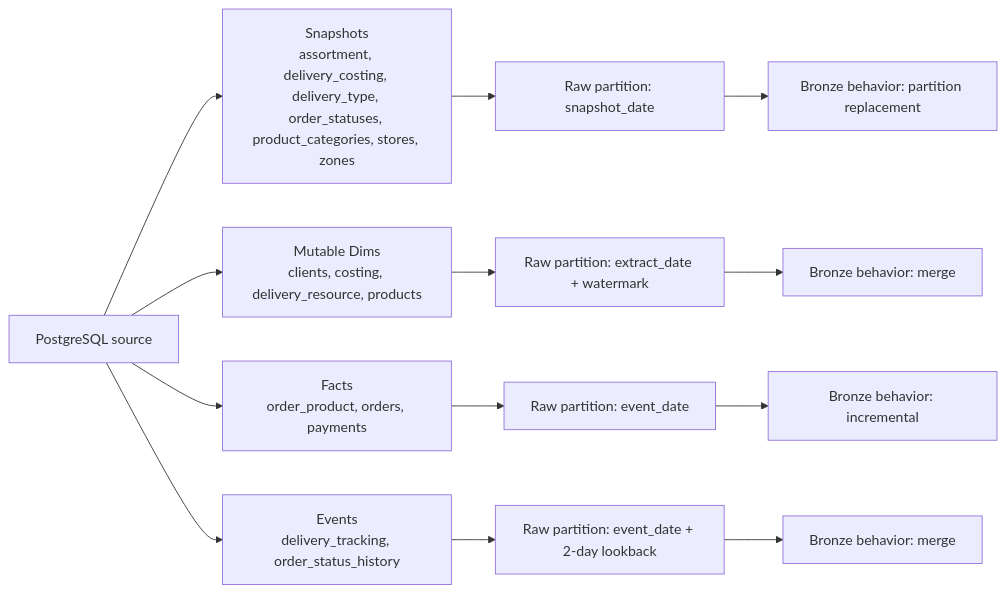
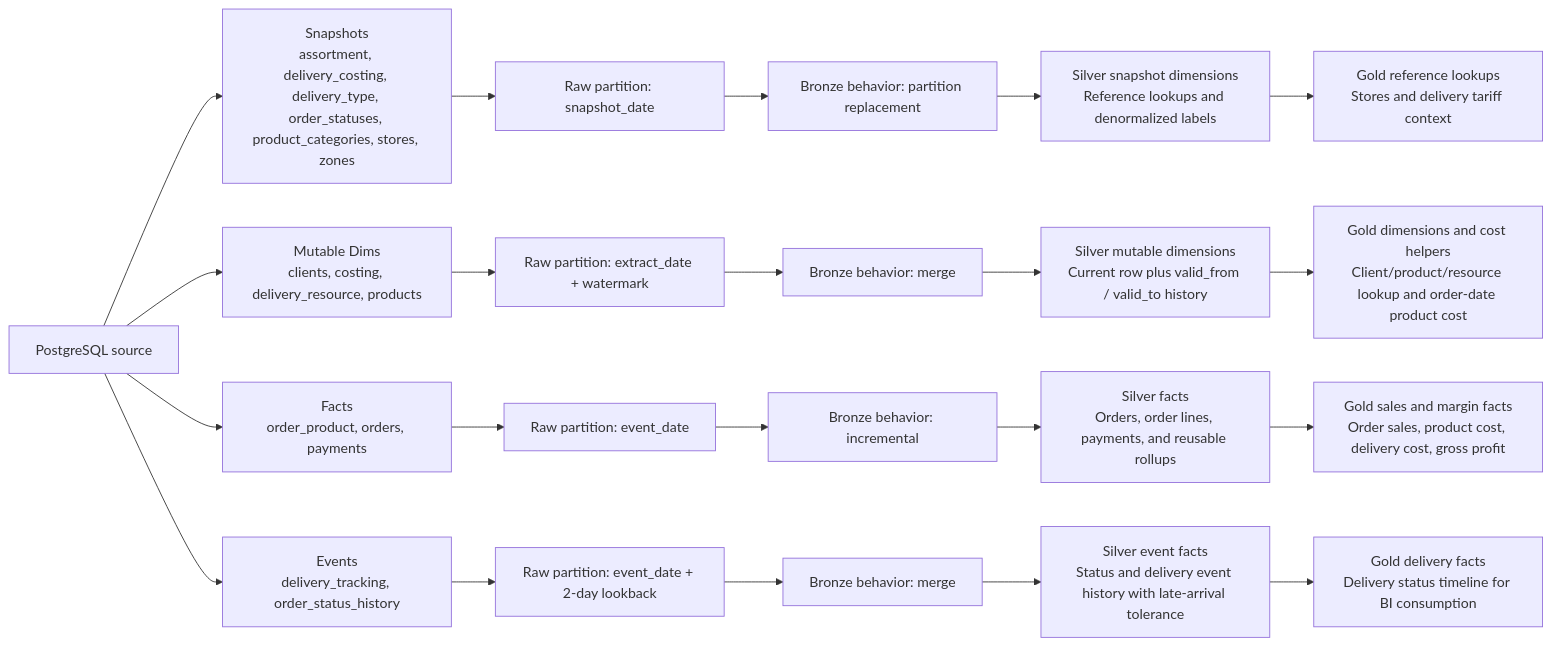
Before and after one commit to AntonMiniazev/ampere_project: the diagram in docs/dataflow/generated/table_groups.md, drawn with Mermaid. The commit also changed other lines of this file and 8 other files, not shown here.

````diff
--- a/docs/dataflow/generated/table_groups.md
+++ b/docs/dataflow/generated/table_groups.md
@@ -5,20 +5,28 @@
 ```mermaid
 flowchart LR
     PG["PostgreSQL source"]
     G_SNAPSHOTS["Snapshots<br/>assortment, delivery_costing, delivery_type, order_statuses, product_categories, stores, zones"]
     G_SNAPSHOTS_RAW["Raw partition: snapshot_date"]
     G_SNAPSHOTS_BRONZE["Bronze behavior: partition replacement"]
-    PG --> G_SNAPSHOTS --> G_SNAPSHOTS_RAW --> G_SNAPSHOTS_BRONZE
+    G_SNAPSHOTS_SILVER["Silver snapshot dimensions<br/>Reference lookups and denormalized labels"]
+    G_SNAPSHOTS_GOLD["Gold reference lookups<br/>Stores and delivery tariff context"]
+    PG --> G_SNAPSHOTS --> G_SNAPSHOTS_RAW --> G_SNAPSHOTS_BRONZE --> G_SNAPSHOTS_SILVER --> G_SNAPSHOTS_GOLD
     G_MUTABLE_DIMS["Mutable Dims<br/>clients, costing, delivery_resource, products"]
     G_MUTABLE_DIMS_RAW["Raw partition: extract_date + watermark"]
     G_MUTABLE_DIMS_BRONZE["Bronze behavior: merge"]
-    PG --> G_MUTABLE_DIMS --> G_MUTABLE_DIMS_RAW --> G_MUTABLE_DIMS_BRONZE
+    G_MUTABLE_DIMS_SILVER["Silver mutable dimensions<br/>Current row plus valid_from / valid_to history"]
+    G_MUTABLE_DIMS_GOLD["Gold dimensions and cost helpers<br/>Client/product/resource lookup and order-date product cost"]
+    PG --> G_MUTABLE_DIMS --> G_MUTABLE_DIMS_RAW --> G_MUTABLE_DIMS_BRONZE --> G_MUTABLE_DIMS_SILVER --> G_MUTABLE_DIMS_GOLD
     G_FACTS["Facts<br/>order_product, orders, payments"]
     G_FACTS_RAW["Raw partition: event_date"]
     G_FACTS_BRONZE["Bronze behavior: incremental"]
-    PG --> G_FACTS --> G_FACTS_RAW --> G_FACTS_BRONZE
+    G_FACTS_SILVER["Silver facts<br/>Orders, order lines, payments, and reusable rollups"]
+    G_FACTS_GOLD["Gold sales and margin facts<br/>Order sales, product cost, delivery cost, gross profit"]
+    PG --> G_FACTS --> G_FACTS_RAW --> G_FACTS_BRONZE --> G_FACTS_SILVER --> G_FACTS_GOLD
     G_EVENTS["Events<br/>delivery_tracking, order_status_history"]
     G_EVENTS_RAW["Raw partition: event_date + 2-day lookback"]
     G_EVENTS_BRONZE["Bronze behavior: merge"]
-    PG --> G_EVENTS --> G_EVENTS_RAW --> G_EVENTS_BRONZE
+    G_EVENTS_SILVER["Silver event facts<br/>Status and delivery event history with late-arrival tolerance"]
+    G_EVENTS_GOLD["Gold delivery facts<br/>Delivery status timeline for BI consumption"]
+    PG --> G_EVENTS --> G_EVENTS_RAW --> G_EVENTS_BRONZE --> G_EVENTS_SILVER --> G_EVENTS_GOLD
 ```
````
